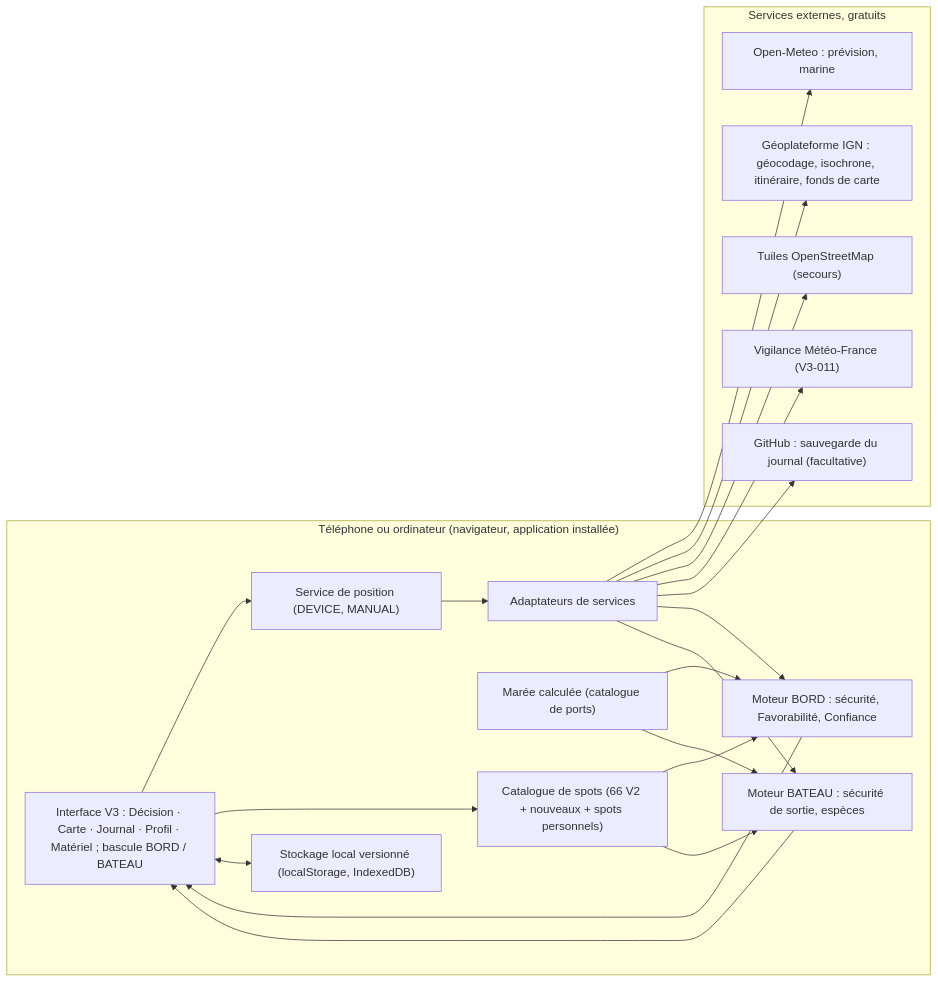
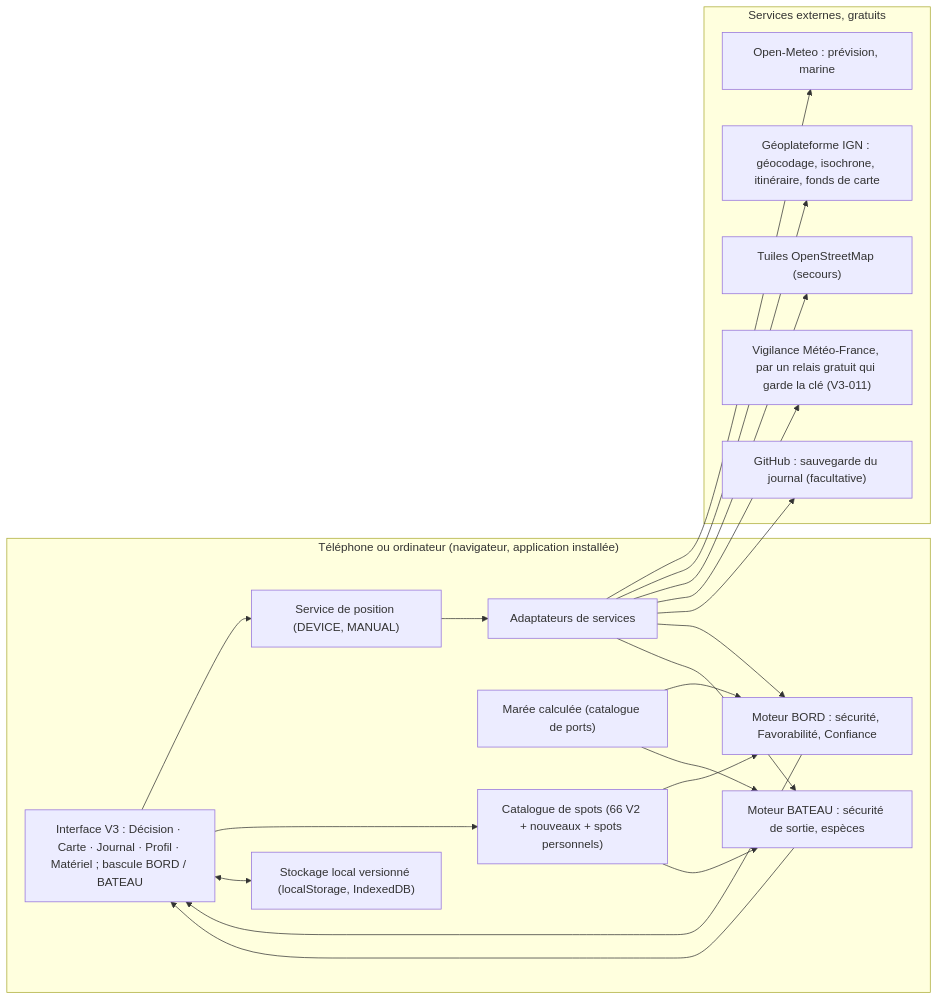
One commit to FelixMuzellec/spumy changed the diagram in docs/ARCHITECTURE-V3.md. Above: the diagram before and after it, drawn with Mermaid. The commit also changed other lines of this file and 5 other files, not shown here.

````diff
--- a/docs/ARCHITECTURE-V3.md
+++ b/docs/ARCHITECTURE-V3.md
@@ -9,28 +9,28 @@
 ```mermaid
 flowchart LR
   subgraph Appareil["Téléphone ou ordinateur (navigateur, application installée)"]
     UI["Interface V3 : Décision · Carte · Journal · Profil · Matériel ; bascule BORD / BATEAU"]
     POS["Service de position (DEVICE, MANUAL)"]
     CAT["Catalogue de spots (66 V2 + nouveaux + spots personnels)"]
     ENG_B["Moteur BORD : sécurité, Favorabilité, Confiance"]
     ENG_S["Moteur BATEAU : sécurité de sortie, espèces"]
     TIDE["Marée calculée (catalogue de ports)"]
     STORE["Stockage local versionné (localStorage, IndexedDB)"]
     ADP["Adaptateurs de services"]
   end
   subgraph Services["Services externes, gratuits"]
     OM["Open-Meteo : prévision, marine"]
     IGN["Géoplateforme IGN : géocodage, isochrone, itinéraire, fonds de carte"]
     OSM["Tuiles OpenStreetMap (secours)"]
-    MF["Vigilance Météo-France (V3-011)"]
+    MF["Vigilance Météo-France, par un relais gratuit qui garde la clé (V3-011)"]
     GH["GitHub : sauvegarde du journal (facultative)"]
   end
   UI --> POS --> ADP
   UI --> CAT
   CAT --> ENG_B & ENG_S
   TIDE --> ENG_B & ENG_S
   ADP --> OM & IGN & OSM & MF & GH
   ADP --> ENG_B & ENG_S
   ENG_B & ENG_S --> UI
   UI <--> STORE
 ```
````
